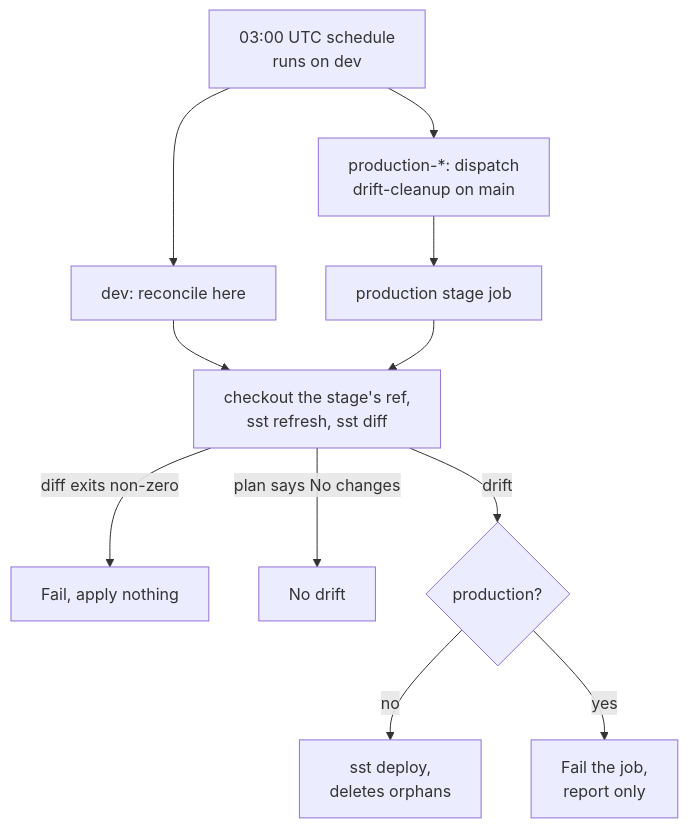
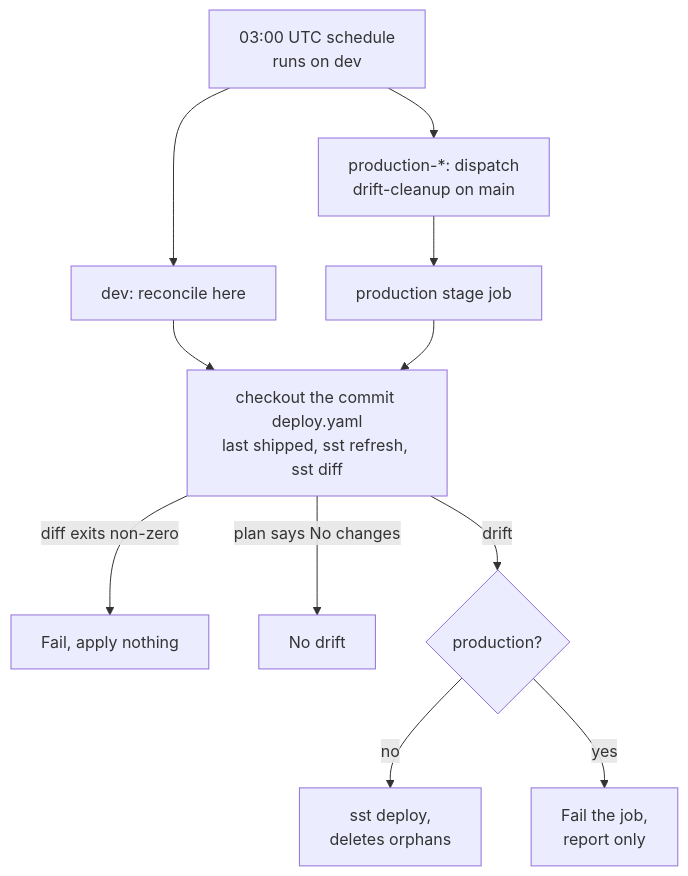
The fifth of 5 diagrams in apps/docs/docs/internals/ci-cd.md (beeblastco/broods), drawn with Mermaid before and after one commit. The commit also changed other lines of this file, not shown here.

Commit message:
docs(ci-cd): drift cleanup checks out the last deployed commit

````diff
--- a/apps/docs/docs/internals/ci-cd.md
+++ b/apps/docs/docs/internals/ci-cd.md
@@ -181,13 +181,13 @@
 ```mermaid
 flowchart TD
   A["03:00 UTC schedule<br/>runs on dev"] --> B["dev: reconcile here"]
   A --> C["production-*: dispatch<br/>drift-cleanup on main"]
   C --> P["production stage job"]
   B --> R
-  P --> R["checkout the stage's ref,<br/>sst refresh, sst diff"]
+  P --> R["checkout the commit deploy.yaml<br/>last shipped, sst refresh, sst diff"]
   R -->|diff exits non-zero| F[Fail, apply nothing]
   R -->|"plan says No changes"| OK[No drift]
   R -->|drift| D{production?}
   D -->|no| DEP["sst deploy,<br/>deletes orphans"]
   D -->|yes| REP["Fail the job,<br/>report only"]
 ```
````
